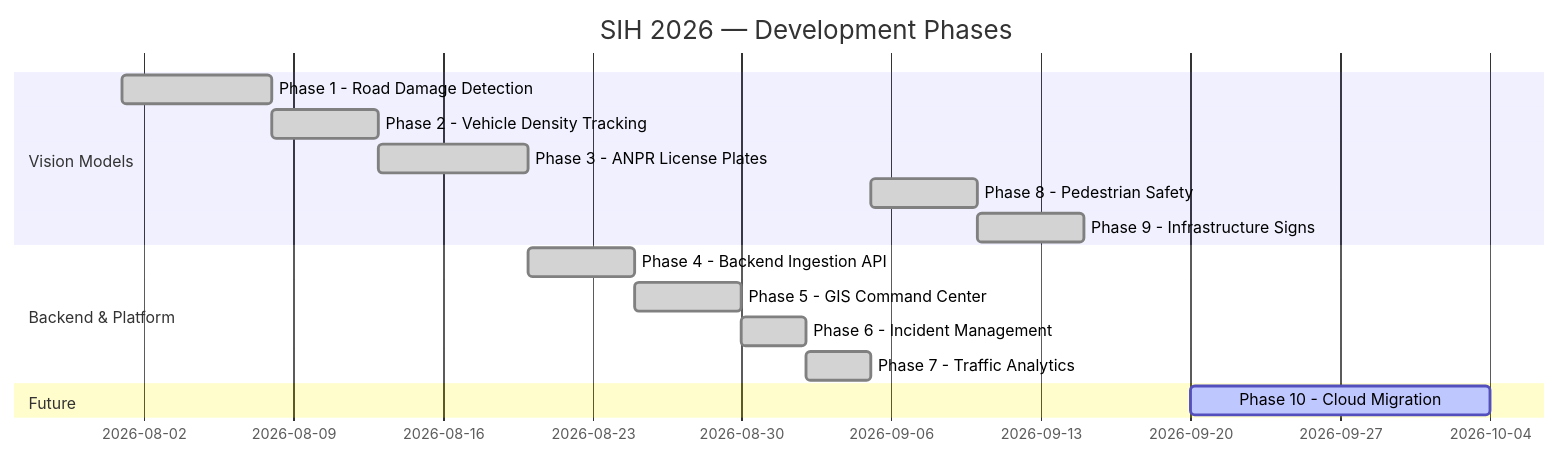
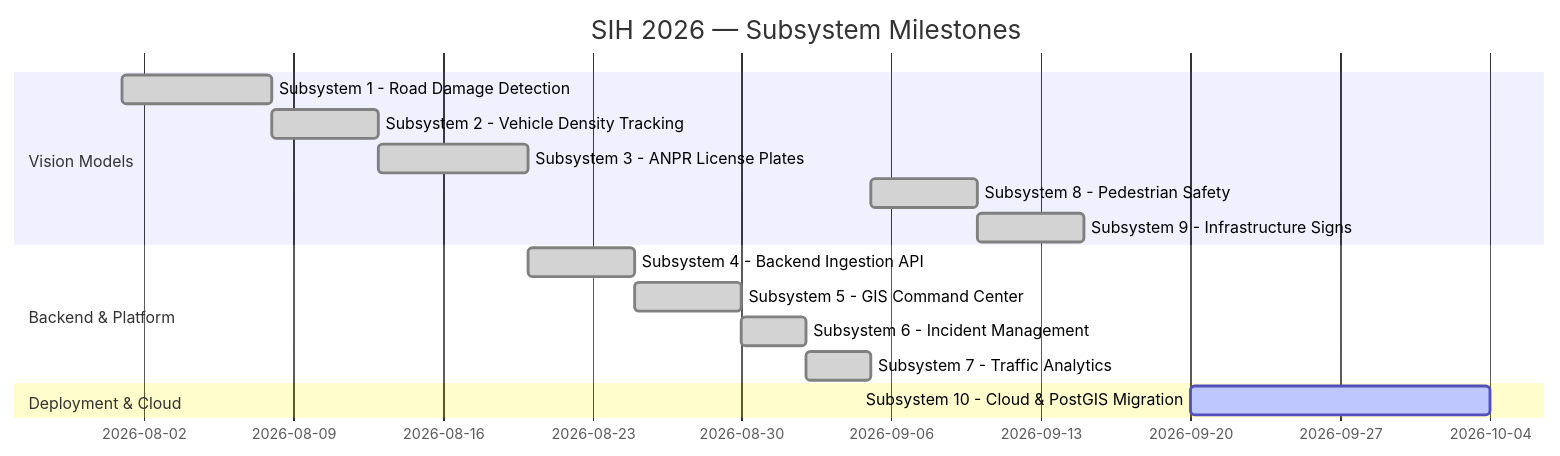
Diagram 15 of 15 in README.md (Sushantcod/sih2026-sankalp), drawn with Mermaid before and after one commit. The commit also changed other lines of this file and 56 other files, not shown here.

````diff
--- a/README.md
+++ b/README.md
@@ -621,18 +766,18 @@
 ```mermaid
 gantt
-    title SIH 2026 — Development Phases
+    title SIH 2026 — Subsystem Milestones
     dateFormat  YYYY-MM-DD
     section Vision Models
-    Phase 1 - Road Damage Detection     :done, p1, 2026-08-01, 7d
-    Phase 2 - Vehicle Density Tracking   :done, p2, after p1, 5d
-    Phase 3 - ANPR License Plates        :done, p3, after p2, 7d
-    Phase 8 - Pedestrian Safety          :done, p8, 2026-09-05, 5d
-    Phase 9 - Infrastructure Signs       :done, p9, after p8, 5d
+    Subsystem 1 - Road Damage Detection     :done, s1, 2026-08-01, 7d
+    Subsystem 2 - Vehicle Density Tracking   :done, s2, after s1, 5d
+    Subsystem 3 - ANPR License Plates        :done, s3, after s2, 7d
+    Subsystem 8 - Pedestrian Safety          :done, s8, 2026-09-05, 5d
+    Subsystem 9 - Infrastructure Signs       :done, s9, after s8, 5d
     section Backend & Platform
-    Phase 4 - Backend Ingestion API      :done, p4, after p3, 5d
-    Phase 5 - GIS Command Center         :done, p5, after p4, 5d
-    Phase 6 - Incident Management        :done, p6, after p5, 3d
-    Phase 7 - Traffic Analytics          :done, p7, after p6, 3d
-    section Future
-    Phase 10 - Cloud Migration           :active, p10, 2026-09-20, 14d
+    Subsystem 4 - Backend Ingestion API      :done, s4, after s3, 5d
+    Subsystem 5 - GIS Command Center         :done, s5, after s4, 5d
+    Subsystem 6 - Incident Management        :done, s6, after s5, 3d
+    Subsystem 7 - Traffic Analytics          :done, s7, after s6, 3d
+    section Deployment & Cloud
+    Subsystem 10 - Cloud & PostGIS Migration :active, s10, 2026-09-20, 14d
 ```
````
